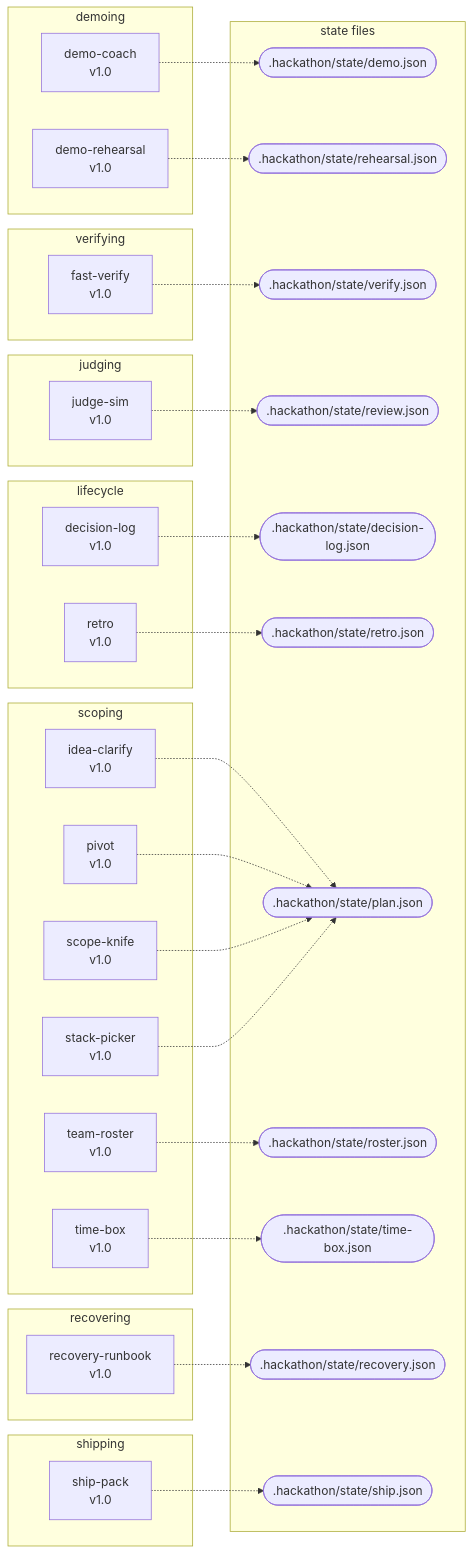
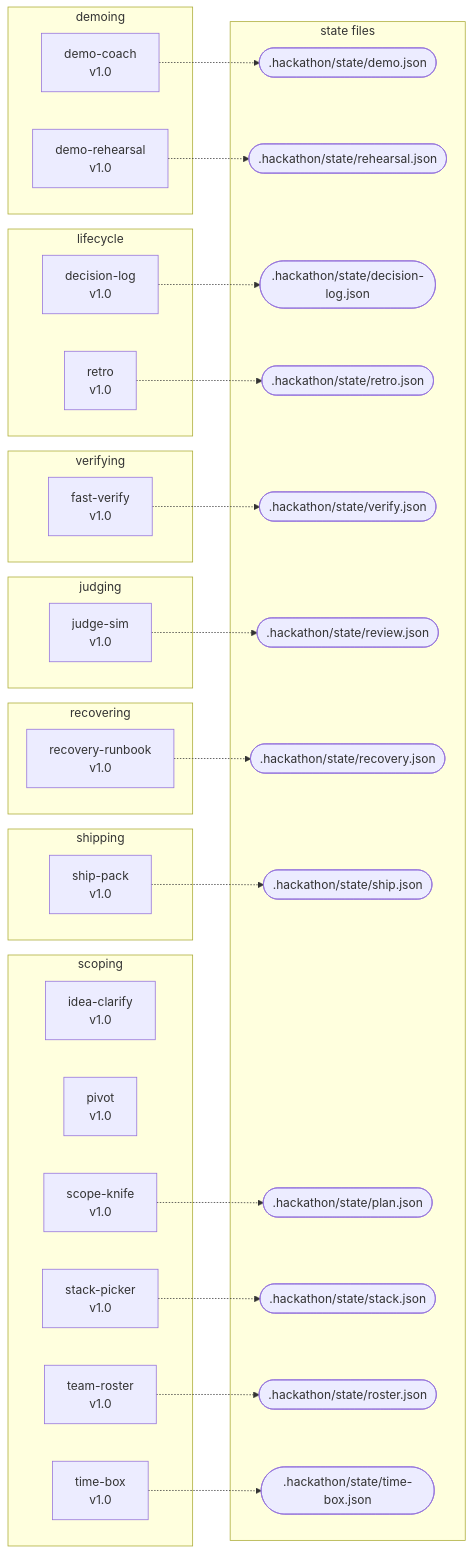
One commit to MAGA2010/hackathon-run changed the second of 2 diagrams in docs/skills/index.md. Above: the diagram before and after it, drawn with Mermaid. The commit also changed other lines of this file and 10 other files, not shown here.

````diff
--- a/docs/skills/index.md
+++ b/docs/skills/index.md
@@ -114,58 +114,57 @@
 ```mermaid
 flowchart LR
   subgraph scoping["scoping"]
     idea_clarify["idea-clarify<br/>v1.0"]:::#dae8fc
     pivot["pivot<br/>v1.0"]:::#dae8fc
     scope_knife["scope-knife<br/>v1.0"]:::#dae8fc
     stack_picker["stack-picker<br/>v1.0"]:::#dae8fc
     team_roster["team-roster<br/>v1.0"]:::#dae8fc
     time_box["time-box<br/>v1.0"]:::#dae8fc
   end
   subgraph verifying["verifying"]
     fast_verify["fast-verify<br/>v1.0"]:::#fff2cc
   end
   subgraph demoing["demoing"]
     demo_coach["demo-coach<br/>v1.0"]:::#f8cecc
     demo_rehearsal["demo-rehearsal<br/>v1.0"]:::#f8cecc
   end
   subgraph judging["judging"]
     judge_sim["judge-sim<br/>v1.0"]:::#e1d5e7
   end
   subgraph shipping["shipping"]
     ship_pack["ship-pack<br/>v1.0"]:::#fad7ac
   end
   subgraph recovering["recovering"]
     recovery_runbook["recovery-runbook<br/>v1.0"]:::#cce5ff
   end
   subgraph lifecycle["lifecycle"]
     decision_log["decision-log<br/>v1.0"]:::#f0f0f0
     retro["retro<br/>v1.0"]:::#f0f0f0
   end
   subgraph states["state files"]
     state_decision_log([".hackathon/state/decision-log.json"])
     state_demo([".hackathon/state/demo.json"])
     state_rehearsal([".hackathon/state/rehearsal.json"])
     state_verify([".hackathon/state/verify.json"])
     state_review([".hackathon/state/review.json"])
-    state_plan([".hackathon/state/plan.json"])
     state_recovery([".hackathon/state/recovery.json"])
     state_retro([".hackathon/state/retro.json"])
+    state_plan([".hackathon/state/plan.json"])
     state_ship([".hackathon/state/ship.json"])
+    state_stack([".hackathon/state/stack.json"])
     state_roster([".hackathon/state/roster.json"])
     state_time_box([".hackathon/state/time-box.json"])
   end
-  idea_clarify -.-> state_plan
-  pivot -.-> state_plan
+  decision_log -.-> state_decision_log
+  demo_coach -.-> state_demo
+  demo_rehearsal -.-> state_rehearsal
+  fast_verify -.-> state_verify
+  judge_sim -.-> state_review
+  recovery_runbook -.-> state_recovery
+  retro -.-> state_retro
   scope_knife -.-> state_plan
-  stack_picker -.-> state_plan
+  ship_pack -.-> state_ship
+  stack_picker -.-> state_stack
   team_roster -.-> state_roster
   time_box -.-> state_time_box
-  fast_verify -.-> state_verify
-  demo_coach -.-> state_demo
-  demo_rehearsal -.-> state_rehearsal
-  judge_sim -.-> state_review
-  ship_pack -.-> state_ship
-  recovery_runbook -.-> state_recovery
-  retro -.-> state_retro
-  decision_log -.-> state_decision_log
 ```
````
